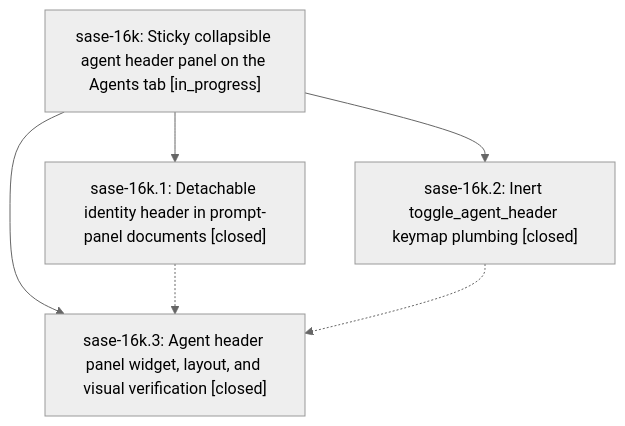
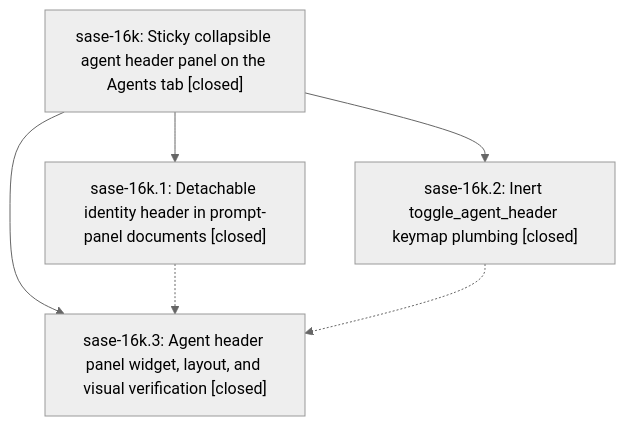
One commit to sase-org/sase--beads changed the diagram in pages/sase-16k/README.md. Above: the diagram before and after it, drawn with Mermaid (neutral theme). The commit also changed other lines of this file and 2 other files, not shown here.

First line of the commit message:
chore(beads): sync bead state and pages for sase-16k

````diff
--- a/pages/sase-16k/README.md
+++ b/pages/sase-16k/README.md
@@ -24,12 +28,12 @@
 ```mermaid
 flowchart TD
-    n0["sase-16k: Sticky collapsible agent header panel on the Agents tab [in_progress]"]
+    n0["sase-16k: Sticky collapsible agent header panel on the Agents tab [closed]"]
     n1["sase-16k.1: Detachable identity header in prompt-panel documents [closed]"]
     n2["sase-16k.2: Inert toggle_agent_header keymap plumbing [closed]"]
     n3["sase-16k.3: Agent header panel widget, layout, and visual verification [closed]"]
     n0 --> n1
     n0 --> n2
     n0 --> n3
     n1 -.-> n3
     n2 -.-> n3
 ```
````
